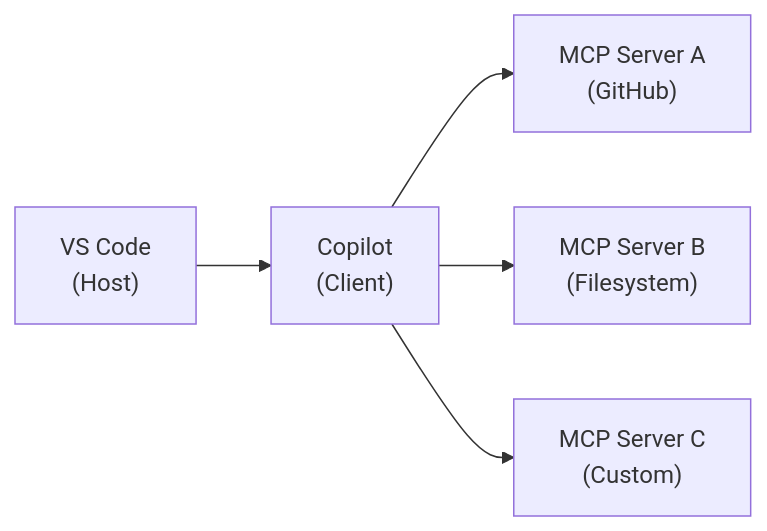
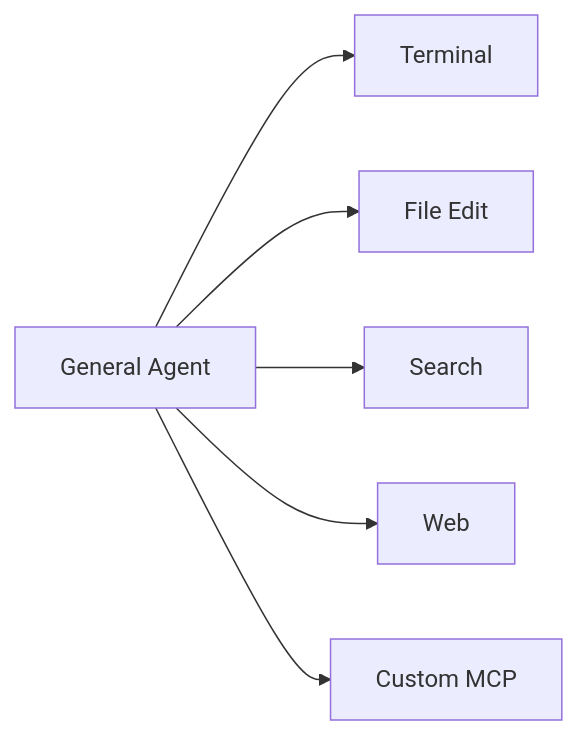
The first of 4 diagrams in workshops/copilot-dev-advanced/copilot-dev-advanced.slidev.md (tammym-demos/ghcp-agentic-hack), drawn with Mermaid before and after one commit. The commit also changed other lines of this file and 20 other files, not shown here.

````diff
--- a/workshops/copilot-dev-advanced/copilot-dev-advanced.slidev.md
+++ b/workshops/copilot-dev-advanced/copilot-dev-advanced.slidev.md
@@ -233,7 +77,8 @@
 ```mermaid {scale: 0.65}
 graph LR
-    A["VS Code<br/>(Host)"] --> B["Copilot<br/>(Client)"]
-    B --> C["MCP Server A<br/>(GitHub)"]
-    B --> D["MCP Server B<br/>(Filesystem)"]
-    B --> E["MCP Server C<br/>(Custom)"]
+    A["General Agent"] --> B["Terminal"]
+    A --> C["File Edit"]
+    A --> D["Search"]
+    A --> E["Web"]
+    A --> F["Custom MCP"]
 ```
````
